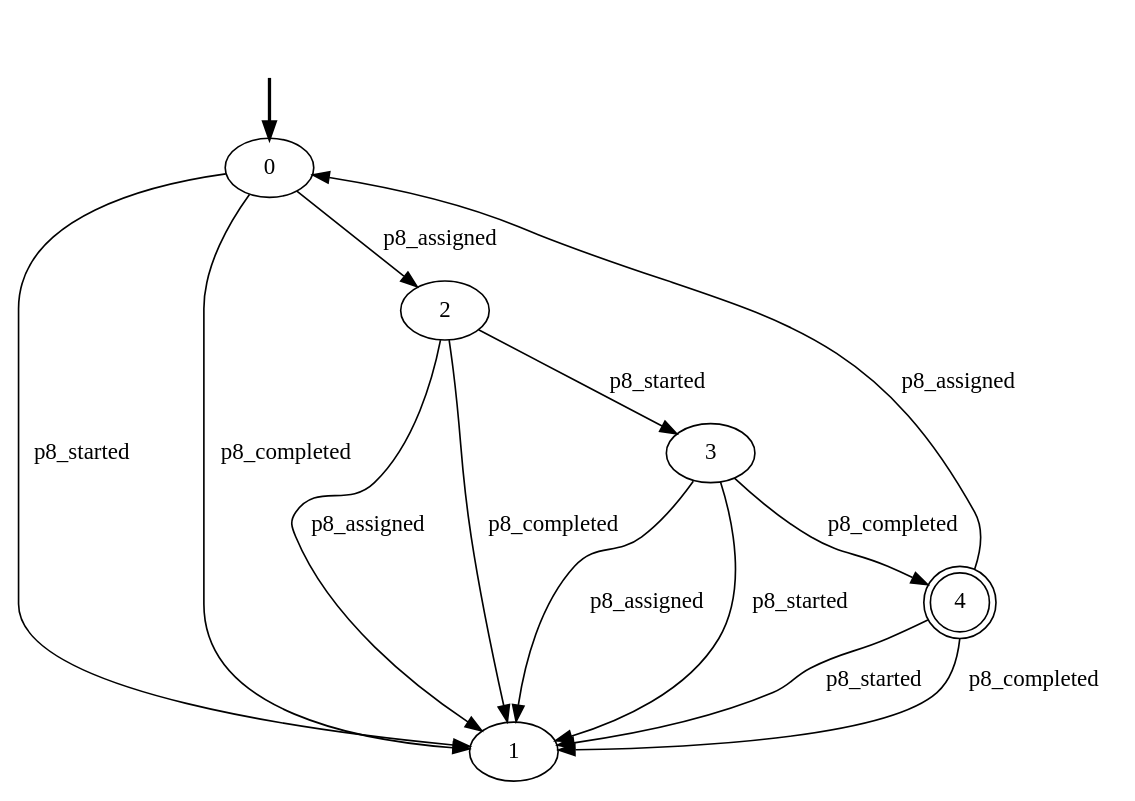
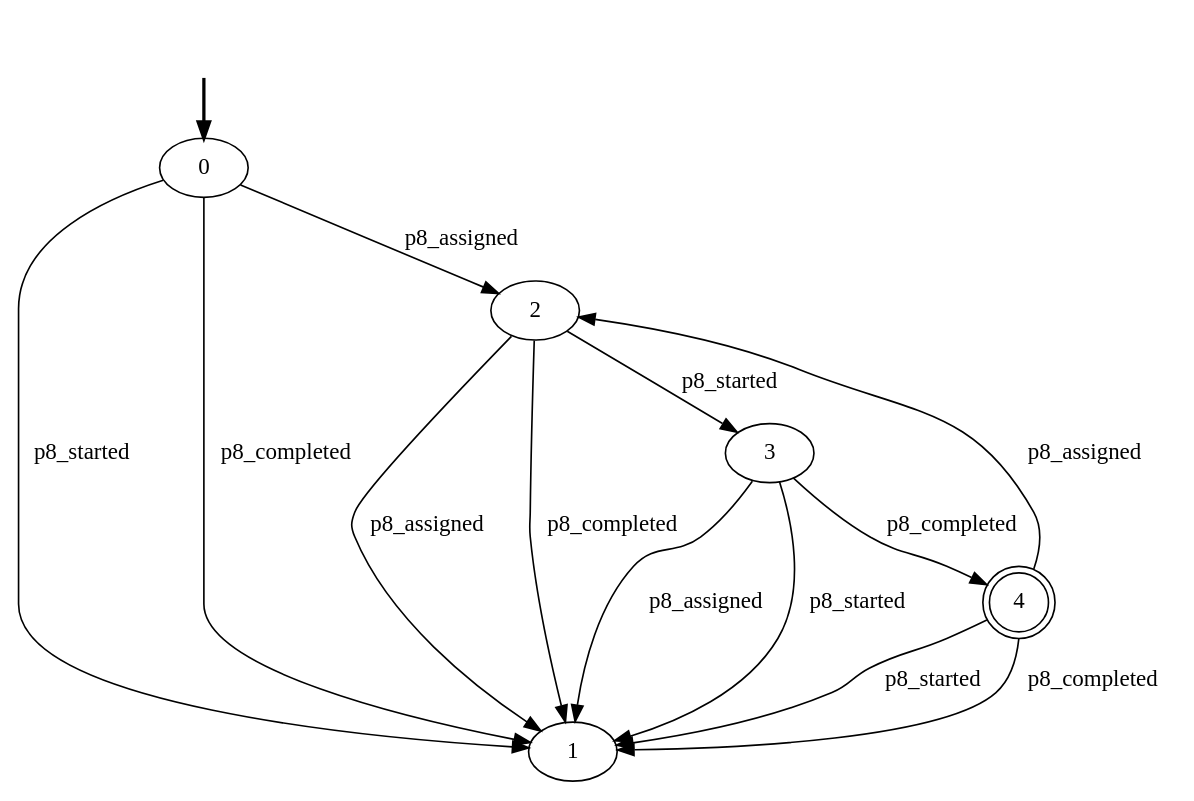
One commit to GianmarcoBordin/pddlTranslator changed the diagram in out/production/Aligner/declarative-models/Data-Aware/5-CONSTRAINTS/p8_lifecycle.dot. Above: the diagram before and after it, drawn with Graphviz. The commit also changed 78 other files, not shown here.

```diff
--- a/out/production/Aligner/declarative-models/Data-Aware/5-CONSTRAINTS/p8_lifecycle.dot
+++ b/out/production/Aligner/declarative-models/Data-Aware/5-CONSTRAINTS/p8_lifecycle.dot
@@ -1,21 +1,21 @@
 digraph {
-  fake0 [style=invisible]
-  0 [root=true]
-  2
-  3
-  4 [shape=doublecircle]
-  1
-  fake0 -> 0 [style=bold]
-  0 -> 2 [label=p8_assigned]
-  2 -> 3 [label=p8_started]
-  3 -> 4 [label=p8_completed]
-  4 -> 0 [label=p8_assigned]
-  3 -> 1 [label=p8_assigned]
-  3 -> 1 [label=p8_started]
-  4 -> 1 [label=p8_started]
-  4 -> 1 [label=p8_completed]
-  2 -> 1 [label=p8_assigned]
-  2 -> 1 [label=p8_completed]
-  0 -> 1 [label=p8_started]
-  0 -> 1 [label=p8_completed]
+		fake0 [style=invisible]
+		0 [root=true]
+		1
+		2
+		3
+		4 [shape=doublecircle]
+		fake0 -> 0 [style=bold]
+		2 -> 1 [label=p8_assigned]
+		2 -> 3 [label=p8_started]
+		2 -> 1 [label=p8_completed]
+		3 -> 1 [label=p8_assigned]
+		3 -> 1 [label=p8_started]
+		3 -> 4 [label=p8_completed]
+		4 -> 2 [label=p8_assigned]
+		4 -> 1 [label=p8_started]
+		4 -> 1 [label=p8_completed]
+		0 -> 2 [label=p8_assigned]
+		0 -> 1 [label=p8_started]
+		0 -> 1 [label=p8_completed]
 }
```
